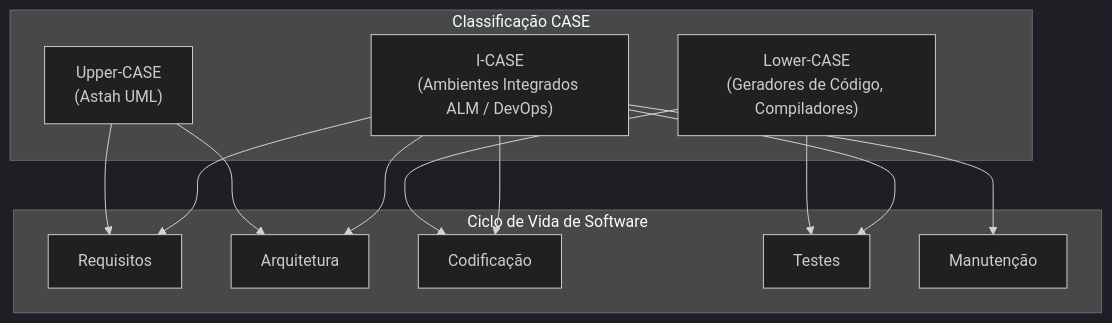
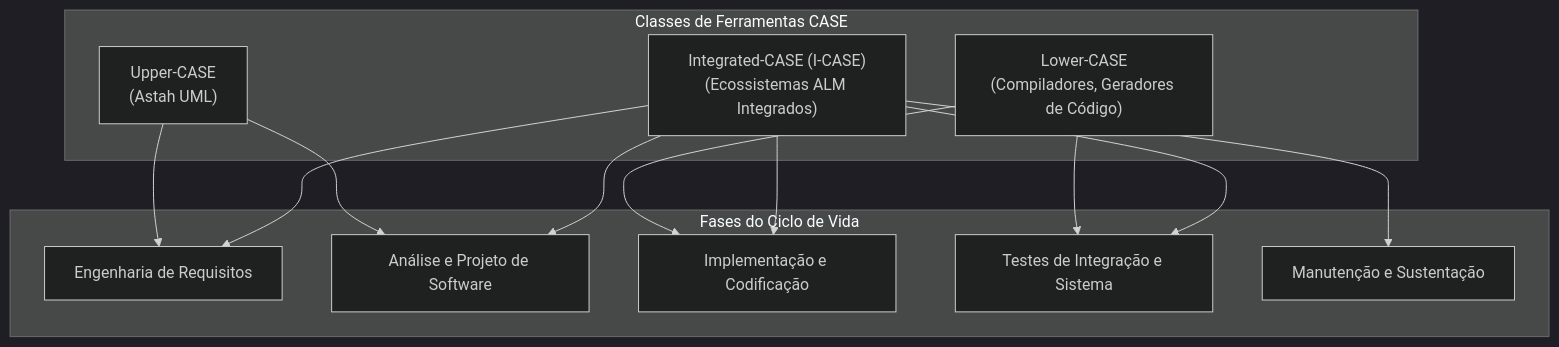
Before and after one commit to murilolol/unifef: diagram 16 of 33 in 3º Semestre/[Prof. Marcelo Boer] Engenharia de Software I/Resumos-IA/Caderno-Consolidado.md, drawn with Mermaid (dark theme). The commit also changed other lines of this file and 40 other files, not shown here.

````diff
--- a/3º Semestre/[Prof. Marcelo Boer] Engenharia de Software I/Resumos-IA/Caderno-Consolidado.md
+++ b/3º Semestre/[Prof. Marcelo Boer] Engenharia de Software I/Resumos-IA/Caderno-Consolidado.md
@@ -536,26 +645,26 @@
 ```mermaid
 flowchart TD
-    subgraph SDLC["Ciclo de Vida de Software"]
-        Req["Requisitos"]
-        Arq["Arquitetura"]
-        Cod["Codificação"]
-        Test["Testes"]
-        Man["Manutenção"]
+    subgraph SDLC["Fases do Ciclo de Vida"]
+        R1["Engenharia de Requisitos"]
+        R2["Análise e Projeto de Software"]
+        R3["Implementação e Codificação"]
+        R4["Testes de Integração e Sistema"]
+        R5["Manutenção e Sustentação"]
     end
 
-    subgraph CASE["Classificação CASE"]
+    subgraph Taxonomia["Classes de Ferramentas CASE"]
         UP["Upper-CASE<br>(Astah UML)"]
-        LOW["Lower-CASE<br>(Geradores de Código, Compiladores)"]
-        ICASE["I-CASE<br>(Ambientes Integrados ALM / DevOps)"]
+        LOW["Lower-CASE<br>(Compiladores, Geradores de Código)"]
+        ICASE["Integrated-CASE (I-CASE)<br>(Ecossistemas ALM Integrados)"]
     end
 
-    UP --> Req
-    UP --> Arq
-    LOW --> Cod
-    LOW --> Test
-    ICASE --> Req
-    ICASE --> Arq
-    ICASE --> Cod
-    ICASE --> Test
-    ICASE --> Man
+    UP --> R1
+    UP --> R2
+    LOW --> R3
+    LOW --> R4
+    ICASE --> R1
+    ICASE --> R2
+    ICASE --> R3
+    ICASE --> R4
+    ICASE --> R5
 ```
````
